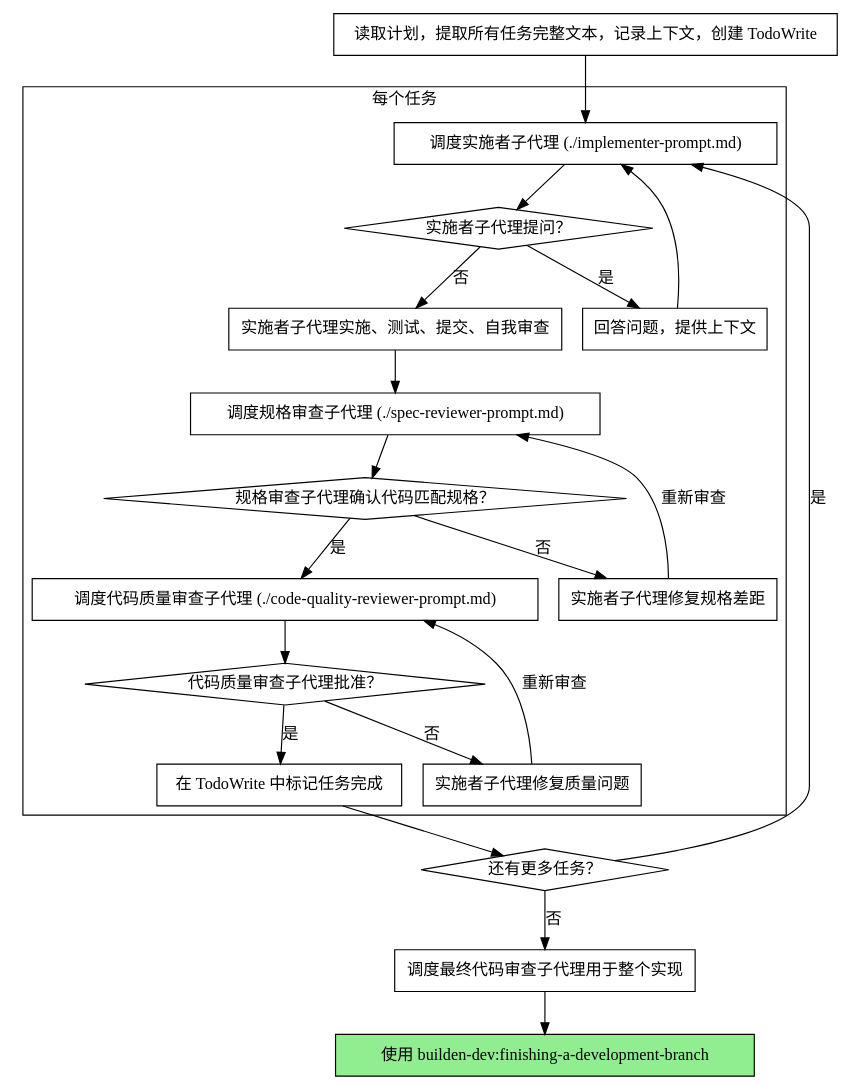
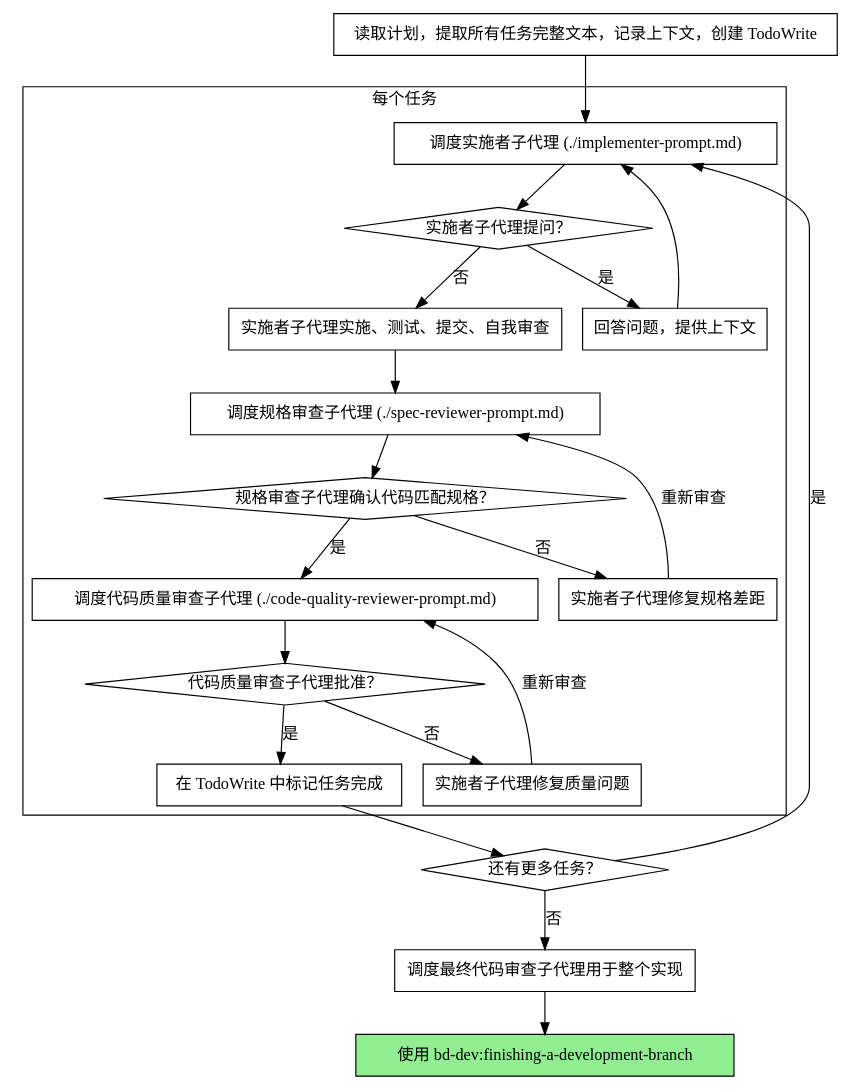
Before and after one commit to builden/bd-box: the second of 2 diagrams in plugins/bd-dev/skills/subagent-driven-development/SKILL.md, drawn with Graphviz. The commit also changed other lines of this file and 20 other files, not shown here.

````diff
--- a/plugins/bd-dev/skills/subagent-driven-development/SKILL.md
+++ b/plugins/bd-dev/skills/subagent-driven-development/SKILL.md
@@ -41,44 +41,44 @@
 ```dot
 digraph process {
     rankdir=TB;
 
     subgraph cluster_per_task {
         label="每个任务";
         "调度实施者子代理 (./implementer-prompt.md)" [shape=box];
         "实施者子代理提问？" [shape=diamond];
         "回答问题，提供上下文" [shape=box];
         "实施者子代理实施、测试、提交、自我审查" [shape=box];
         "调度规格审查子代理 (./spec-reviewer-prompt.md)" [shape=box];
         "规格审查子代理确认代码匹配规格？" [shape=diamond];
         "实施者子代理修复规格差距" [shape=box];
         "调度代码质量审查子代理 (./code-quality-reviewer-prompt.md)" [shape=box];
         "代码质量审查子代理批准？" [shape=diamond];
         "实施者子代理修复质量问题" [shape=box];
         "在 TodoWrite 中标记任务完成" [shape=box];
     }
 
     "读取计划，提取所有任务完整文本，记录上下文，创建 TodoWrite" [shape=box];
     "还有更多任务？" [shape=diamond];
     "调度最终代码审查子代理用于整个实现" [shape=box];
-    "使用 builden-dev:finishing-a-development-branch" [shape=box style=filled fillcolor=lightgreen];
+    "使用 bd-dev:finishing-a-development-branch" [shape=box style=filled fillcolor=lightgreen];
 
     "读取计划，提取所有任务完整文本，记录上下文，创建 TodoWrite" -> "调度实施者子代理 (./implementer-prompt.md)";
     "调度实施者子代理 (./implementer-prompt.md)" -> "实施者子代理提问？";
     "实施者子代理提问？" -> "回答问题，提供上下文" [label="是"];
     "回答问题，提供上下文" -> "调度实施者子代理 (./implementer-prompt.md)";
     "实施者子代理提问？" -> "实施者子代理实施、测试、提交、自我审查" [label="否"];
     "实施者子代理实施、测试、提交、自我审查" -> "调度规格审查子代理 (./spec-reviewer-prompt.md)";
     "调度规格审查子代理 (./spec-reviewer-prompt.md)" -> "规格审查子代理确认代码匹配规格？";
     "规格审查子代理确认代码匹配规格？" -> "实施者子代理修复规格差距" [label="否"];
     "实施者子代理修复规格差距" -> "调度规格审查子代理 (./spec-reviewer-prompt.md)" [label="重新审查"];
     "规格审查子代理确认代码匹配规格？" -> "调度代码质量审查子代理 (./code-quality-reviewer-prompt.md)" [label="是"];
     "调度代码质量审查子代理 (./code-quality-reviewer-prompt.md)" -> "代码质量审查子代理批准？";
     "代码质量审查子代理批准？" -> "实施者子代理修复质量问题" [label="否"];
     "实施者子代理修复质量问题" -> "调度代码质量审查子代理 (./code-quality-reviewer-prompt.md)" [label="重新审查"];
     "代码质量审查子代理批准？" -> "在 TodoWrite 中标记任务完成" [label="是"];
     "在 TodoWrite 中标记任务完成" -> "还有更多任务？";
     "还有更多任务？" -> "调度实施者子代理 (./implementer-prompt.md)" [label="是"];
     "还有更多任务？" -> "调度最终代码审查子代理用于整个实现" [label="否"];
-    "调度最终代码审查子代理用于整个实现" -> "使用 builden-dev:finishing-a-development-branch";
+    "调度最终代码审查子代理用于整个实现" -> "使用 bd-dev:finishing-a-development-branch";
 }
 ```
````
